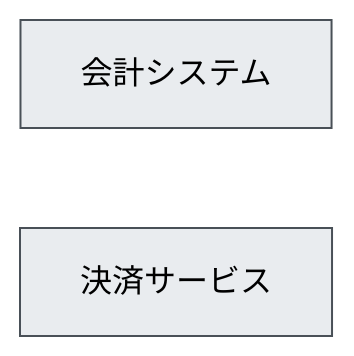
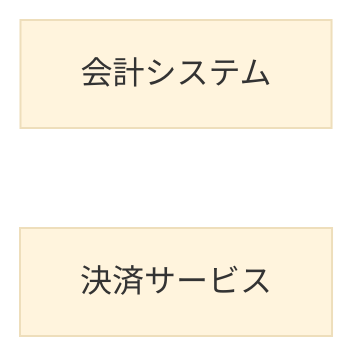
Before and after one commit to specdojo/specdojo: the fifth of 8 diagrams in docs/ja/specdojo/rulebooks/cnd-mermaid-rulebook.md, drawn with Mermaid (base theme). The commit also changed other lines of this file and 7 other files, not shown here.

````diff
--- a/docs/ja/specdojo/rulebooks/cnd-mermaid-rulebook.md
+++ b/docs/ja/specdojo/rulebooks/cnd-mermaid-rulebook.md
@@ -142,8 +115,5 @@
 ```mermaid
 flowchart LR
   会計システム["会計システム"]
   決済サービス["決済サービス"]
-
-  classDef external fill:#e9ecef,stroke:#495057,color:#000;
-  class 会計システム,決済サービス external;
 ```
````
